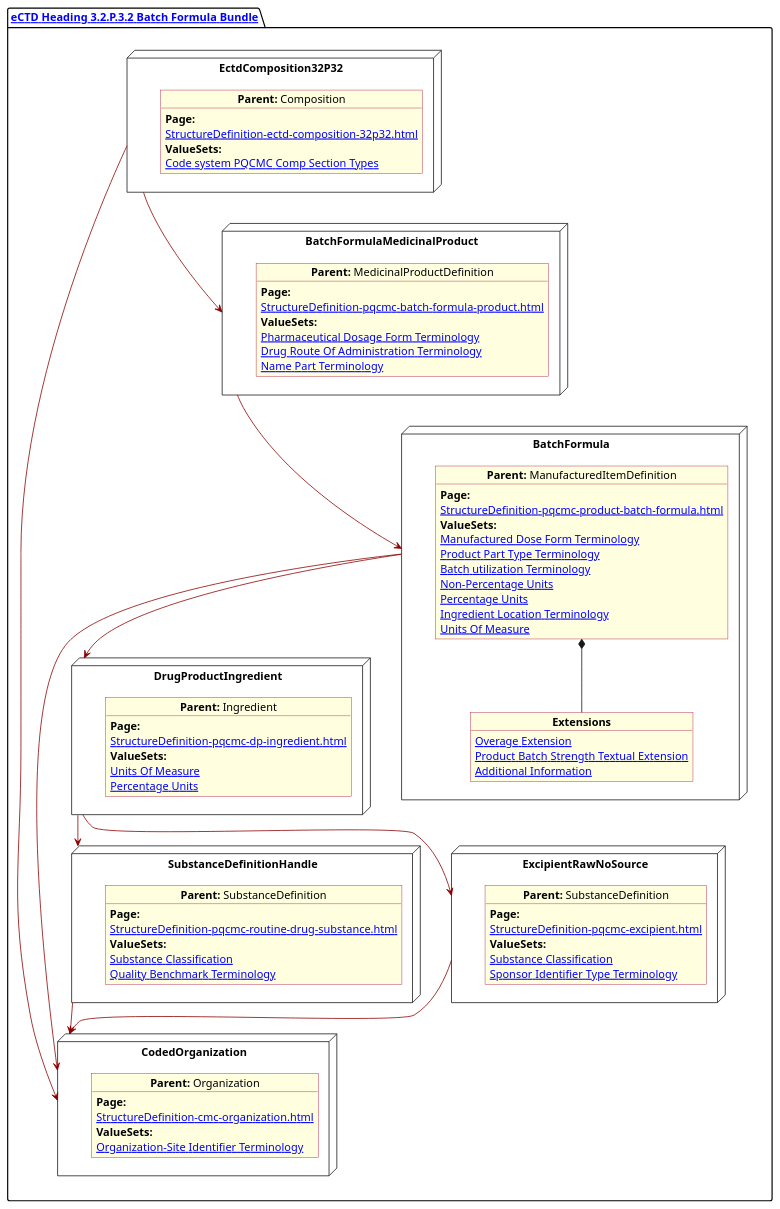
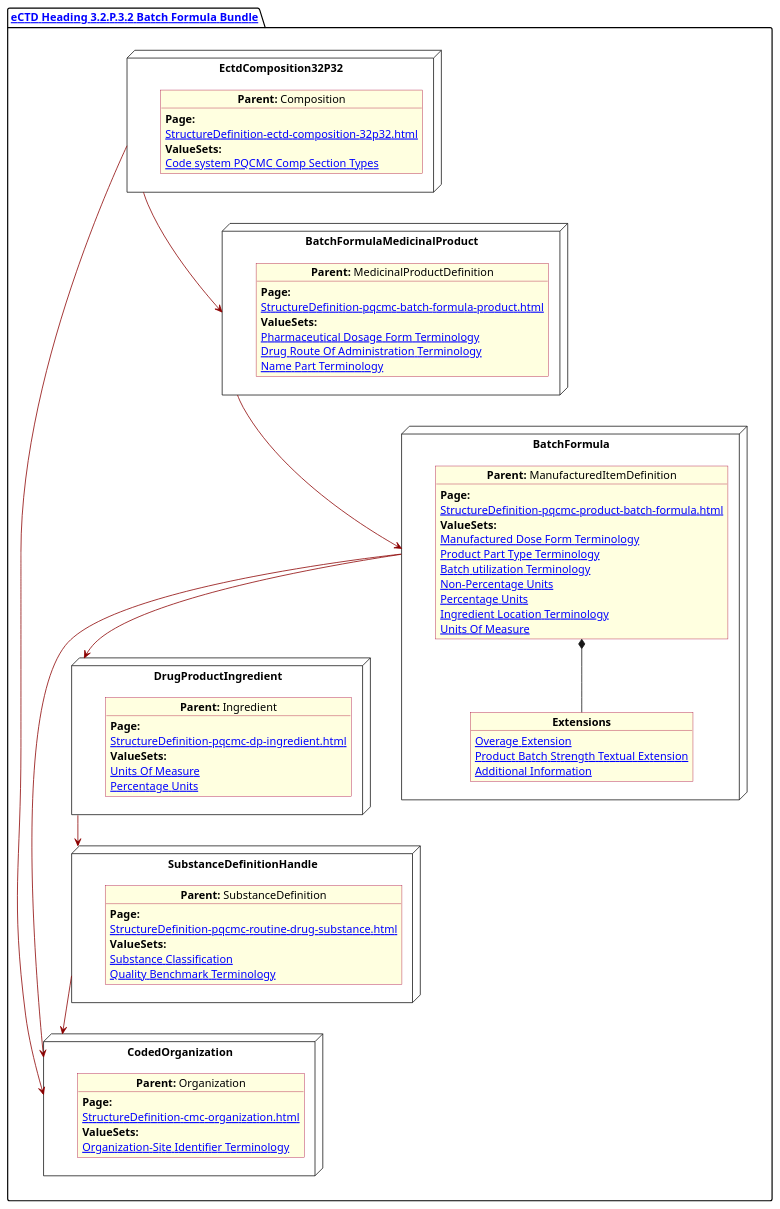
One commit to HL7/FHIR-us-pq-cmc-fda changed the diagram in input/images-source/BatchForm.plantuml. Above: the diagram before and after it, drawn with PlantUML. The commit also changed 9 other files, not shown here.

```diff
--- a/input/images-source/BatchForm.plantuml
+++ b/input/images-source/BatchForm.plantuml
@@ -1,115 +1,101 @@
 @startuml BatchForm
 allowmixing
 'Mixed model of use case and object
 skinparam svgDimensionStyle false
 skinparam ObjectBackgroundColor LightYellow
 skinparam ObjectBorderColor #A80036
 skinparam activityDiamondBorderColor #A80036
 skinparam activityDiamondBackgroundColor lawnGreen
 skinparam ClassBorderThickness 4
 
 package "[[StructureDefinition-cmc-ectd-document-32p32.html eCTD Heading 3.2.P.3.2 Batch Formula Bundle]]" as NODES {
 
 
   node "EctdComposition32P32" as N1 {
 
     object "**Parent:** Composition" as obj1 {
       **Page:**
       [[StructureDefinition-ectd-composition-32p32.html]]
       **ValueSets:**
       [[ValueSet-cmc-comp-section-types-vs.html Code system PQCMC Comp Section Types]]
     }
 
   }
   node "CodedOrganization" as NSO {
 
     object "**Parent:** Organization" as objAu {
       **Page:**
       [[StructureDefinition-cmc-organization.html]]
       **ValueSets:**
       [[ValueSet-pqcmc-org-identifier-type-terminology.html Organization-Site Identifier Terminology]]
     }
   }
 
   node "DrugProductIngredient" as NNgred {
 
     object "**Parent:** Ingredient" as obj10 {
       **Page:**
       [[StructureDefinition-pqcmc-dp-ingredient.html]]
       **ValueSets:**
       [[ValueSet-pqcmc-units-of-measure.html Units Of Measure]]
       [[ValueSet-pqcmc-percentage-units.html Percentage Units]]
     }
   }
 
   node "SubstanceDefinitionHandle" as NNS {
 
     object "**Parent:** SubstanceDefinition" as obj4 {
       **Page:**
       [[StructureDefinition-pqcmc-routine-drug-substance.html]]
       **ValueSets:**
       [[ValueSet-substance-classification.html Substance Classification]]
       [[ValueSet-pqcmc-quality-benchmark-terminology.html Quality Benchmark Terminology]]
     }
 
   }
 
-  node "ExcipientRawNoSource" as NNSEx {
-
-    object "**Parent:** SubstanceDefinition" as obj42 {
-      **Page:**
-      [[StructureDefinition-pqcmc-excipient.html]]
-      **ValueSets:**
-      [[ValueSet-substance-classification.html Substance Classification]]
-      [[ValueSet-pqcmc-org-identifier-type-terminology.html Sponsor Identifier Type Terminology]]
-    }
-
-  }
-
   node "BatchFormulaMedicinalProduct" as NN2 {
 
     object "**Parent:** MedicinalProductDefinition" as obj32 {
       **Page:**
       [[StructureDefinition-pqcmc-batch-formula-product.html]]
       **ValueSets:**
       [[ValueSet-spl-pharmaceutical-dosage-form-terminology.html Pharmaceutical Dosage Form Terminology]]
       [[ValueSet-spl-drug-route-of-administration-terminology.html Drug Route Of Administration Terminology]]
       [[ValueSet-pqcmc-name-part-terminology.html Name Part Terminology]]
     }
   }
 
   node "BatchFormula" as NN {
 
     object "**Parent:** ManufacturedItemDefinition" as obj3 {
       **Page:**
       [[StructureDefinition-pqcmc-product-batch-formula.html]]
       **ValueSets:**
       [[ValueSet-pqcmc-manufactured-dose-form-terminology.html Manufactured Dose Form Terminology]]
       [[ValueSet-pqcmc-product-part-type.html Product Part Type Terminology]]
       [[ValueSet-pqcmc-batch-utilization-terminology.html Batch utilization Terminology]]
       [[ValueSet-pqcmc-non-percentage-units.html Non-Percentage Units]]
       [[ValueSet-pqcmc-percentage-units.html Percentage Units]]
       [[ValueSet-pqcmc-product-part-ingredient-physical-location.html Ingredient Location Terminology]]
       [[ValueSet-pqcmc-units-of-measure.html Units Of Measure]]
 
     }
 
     object "**Extensions**" as objExs2 {
       [[StructureDefinition-pq-overage-extension.html Overage Extension]]
       [[StructureDefinition-pq-product-batch-strength-textual-extension.html Product Batch Strength Textual Extension]]
       [[StructureDefinition-pq-additional-info-extension.html Additional Information]]
     }
 
     obj3 *-- objExs2
   }
   N1 -[#darkred]--> NSO
   N1 -[#darkred]-> NN2
   NNS -[#darkred]-> NSO
   NN -[#darkred]-> NSO
   NN -[#darkred]-> NNgred
   NN2 -[#darkred]-> NN
   NNgred -[#darkred]-> NNS
-  NNgred -[#darkred]->NNSEx
-  NNSEx -[#darkred]-> NSO
 }
 @enduml
```
